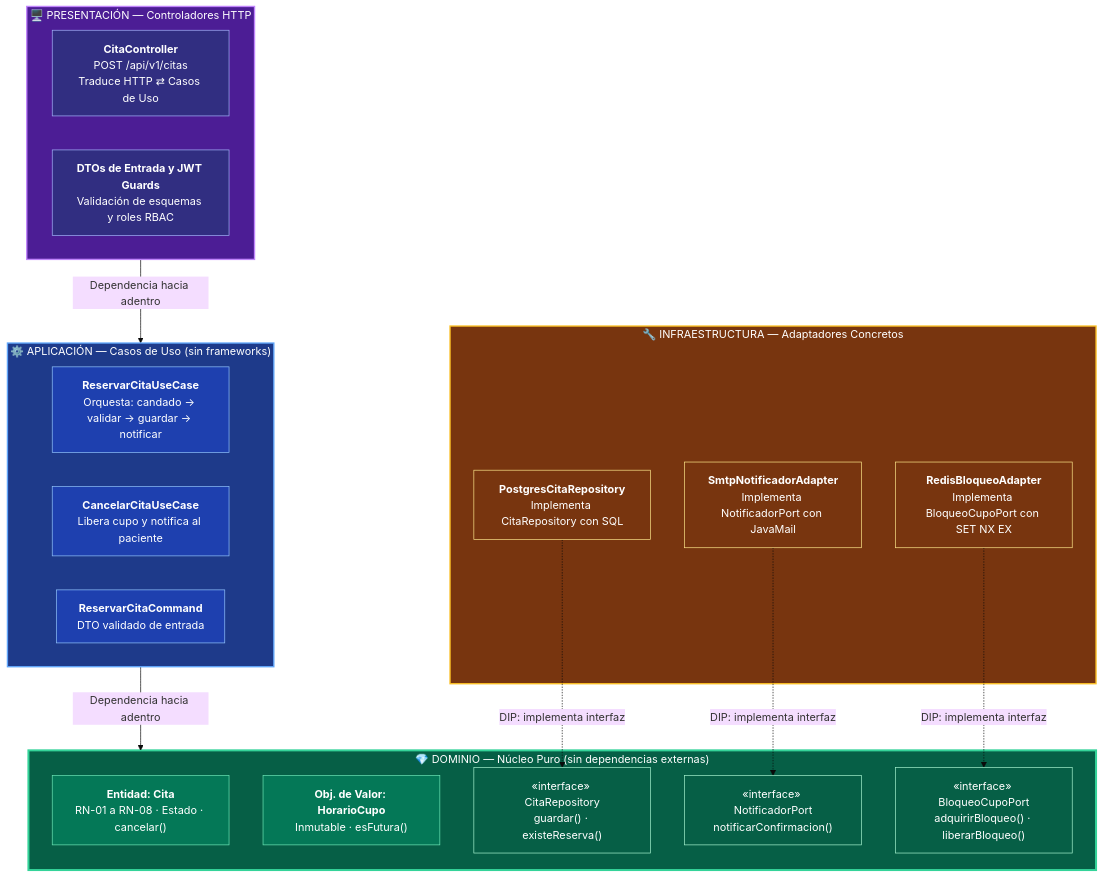
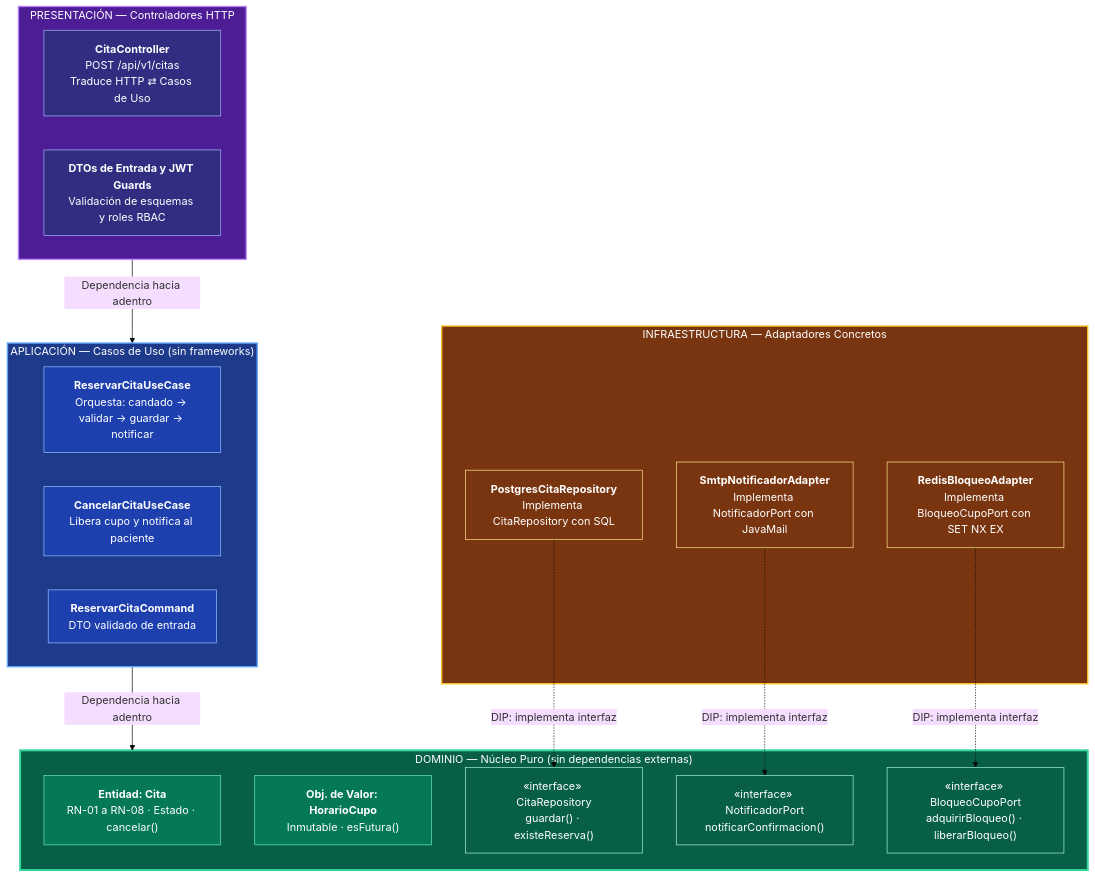
The first of 3 diagrams in Docs/03-diseño-de-software/diseño-interno/diseño-interno-de-modulos.md (Pierrot-01/Proyecto_Hospital), drawn with Mermaid (base theme) before and after one commit. The commit also changed 6 other files, not shown here.

Commit message:
feat(docs): eliminar redundancias entre carpetas, incorporar diagramas dedicados de patrones y componentes, y estilizar sin iconos

````diff
--- a/Docs/03-diseño-de-software/diseño-interno/diseño-interno-de-modulos.md
+++ b/Docs/03-diseño-de-software/diseño-interno/diseño-interno-de-modulos.md
@@ -74,53 +74,53 @@
 ```mermaid
 flowchart TD
 
-    subgraph PRESENTACION["🖥️ PRESENTACIÓN — Controladores HTTP"]
+    subgraph PRESENTACION["PRESENTACIÓN — Controladores HTTP"]
         P1["<b>CitaController</b><br>POST /api/v1/citas<br>Traduce HTTP ⇄ Casos de Uso"]
         P2["<b>DTOs de Entrada y JWT Guards</b><br>Validación de esquemas y roles RBAC"]
     end
 
-    subgraph APLICACION["⚙️ APLICACIÓN — Casos de Uso (sin frameworks)"]
+    subgraph APLICACION["APLICACIÓN — Casos de Uso (sin frameworks)"]
         A1["<b>ReservarCitaUseCase</b><br>Orquesta: candado → validar → guardar → notificar"]
         A2["<b>CancelarCitaUseCase</b><br>Libera cupo y notifica al paciente"]
         A3["<b>ReservarCitaCommand</b><br>DTO validado de entrada"]
     end
 
-    subgraph DOMINIO["💎 DOMINIO — Núcleo Puro (sin dependencias externas)"]
+    subgraph DOMINIO["DOMINIO — Núcleo Puro (sin dependencias externas)"]
         D1["<b>Entidad: Cita</b><br>RN-01 a RN-08 · Estado · cancelar()"]
         D2["<b>Obj. de Valor: HorarioCupo</b><br>Inmutable · esFutura()"]
         D3["«interface» CitaRepository<br>guardar() · existeReserva()"]
         D4["«interface» NotificadorPort<br>notificarConfirmacion()"]
         D5["«interface» BloqueoCupoPort<br>adquirirBloqueo() · liberarBloqueo()"]
     end
 
-    subgraph INFRAESTRUCTURA["🔧 INFRAESTRUCTURA — Adaptadores Concretos"]
+    subgraph INFRAESTRUCTURA["INFRAESTRUCTURA — Adaptadores Concretos"]
         I1["<b>PostgresCitaRepository</b><br>Implementa CitaRepository con SQL"]
         I2["<b>RedisBloqueoAdapter</b><br>Implementa BloqueoCupoPort con SET NX EX"]
         I3["<b>SmtpNotificadorAdapter</b><br>Implementa NotificadorPort con JavaMail"]
     end
 
     PRESENTACION -->|"Dependencia hacia adentro"| APLICACION
     APLICACION -->|"Dependencia hacia adentro"| DOMINIO
     I1 -.->|"DIP: implementa interfaz"| D3
     I2 -.->|"DIP: implementa interfaz"| D5
     I3 -.->|"DIP: implementa interfaz"| D4
 
     style DOMINIO fill:#065f46,stroke:#34d399,stroke-width:3px,color:#fff
     style APLICACION fill:#1e3a8a,stroke:#60a5fa,stroke-width:2px,color:#fff
     style INFRAESTRUCTURA fill:#78350f,stroke:#fbbf24,stroke-width:2px,color:#fff
     style PRESENTACION fill:#4c1d95,stroke:#c084fc,stroke-width:2px,color:#fff
 
     style P1 fill:#312e81,stroke:#a5b4fc,color:#fff
     style P2 fill:#312e81,stroke:#a5b4fc,color:#fff
     style A1 fill:#1e40af,stroke:#93c5fd,color:#fff
     style A2 fill:#1e40af,stroke:#93c5fd,color:#fff
     style A3 fill:#1e40af,stroke:#93c5fd,color:#fff
     style D1 fill:#047857,stroke:#6ee7b7,color:#fff
     style D2 fill:#047857,stroke:#6ee7b7,color:#fff
     style D3 fill:#065f46,stroke:#a7f3d0,color:#fff
     style D4 fill:#065f46,stroke:#a7f3d0,color:#fff
     style D5 fill:#065f46,stroke:#a7f3d0,color:#fff
     style I1 fill:#78350f,stroke:#fde68a,color:#fff
     style I2 fill:#78350f,stroke:#fde68a,color:#fff
     style I3 fill:#78350f,stroke:#fde68a,color:#fff
 ```
````
